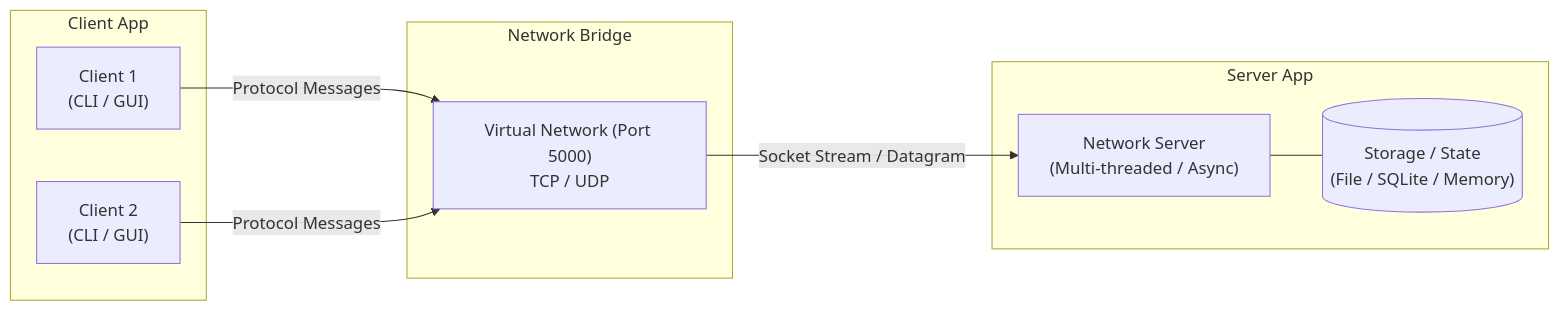
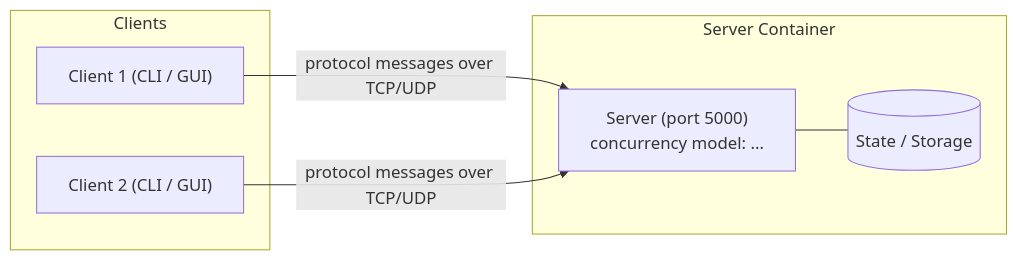
Before and after one commit to hungdn1701/network-programming-starter: the diagram in README.md, drawn with Mermaid. The commit also changed other lines of this file and 29 other files, not shown here.

````diff
--- a/README.md
+++ b/README.md
@@ -49,21 +49,14 @@
 ```mermaid
 graph LR
-    subgraph Client App
-        C1["Client 1\n(CLI / GUI)"]
-        C2["Client 2\n(CLI / GUI)"]
+    subgraph Clients
+        C1["Client 1 (CLI / GUI)"]
+        C2["Client 2 (CLI / GUI)"]
     end
-
-    subgraph Network Bridge
-        NET["Virtual Network (Port 5000)\nTCP / UDP"]
+    subgraph Server Container
+        S["Server (port 5000)<br/>concurrency model: ..."]
+        ST[("State / Storage")]
+        S --- ST
     end
-
-    subgraph Server App
-        S["Network Server\n(Multi-threaded / Async)"]
-        DB[("Storage / State\n(File / SQLite / Memory)")]
-        S --- DB
-    end
-
-    C1 -->|Protocol Messages| NET
-    C2 -->|Protocol Messages| NET
-    NET -->|Socket Stream / Datagram| S
+    C1 -->|protocol messages over TCP/UDP| S
+    C2 -->|protocol messages over TCP/UDP| S
 ```
````
